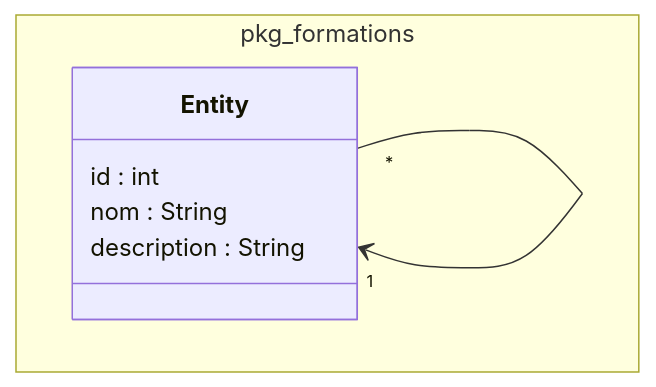
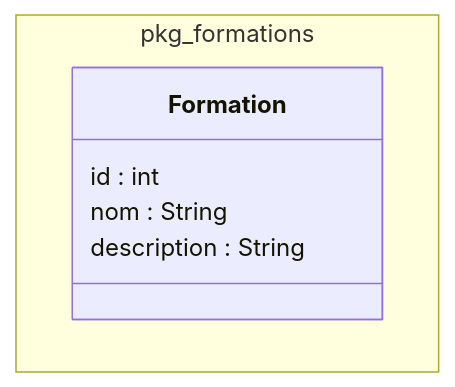
Before and after one commit to solicoders/soli-lms: the diagram in modélisation/pkg_formations/classes_pkg_formations.mmd, drawn with Mermaid. The commit also changed 3 other files, not shown here.

```diff
--- a/modélisation/pkg_formations/classes_pkg_formations.mmd
+++ b/modélisation/pkg_formations/classes_pkg_formations.mmd
@@ -1,13 +1,11 @@
 classDiagram
 
 namespace pkg_formations {
 
-class Entity {
+class Formation {
   id : int
   nom : String
   description : String
 }
 
 }
-
-Entity "*" --> "1" Entity
```
